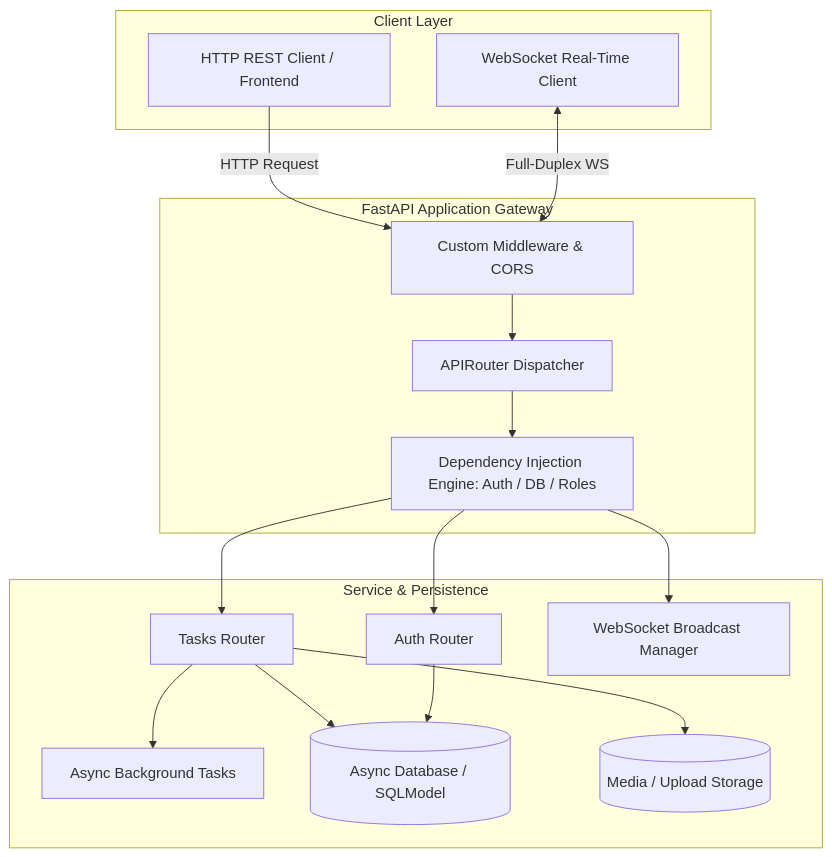
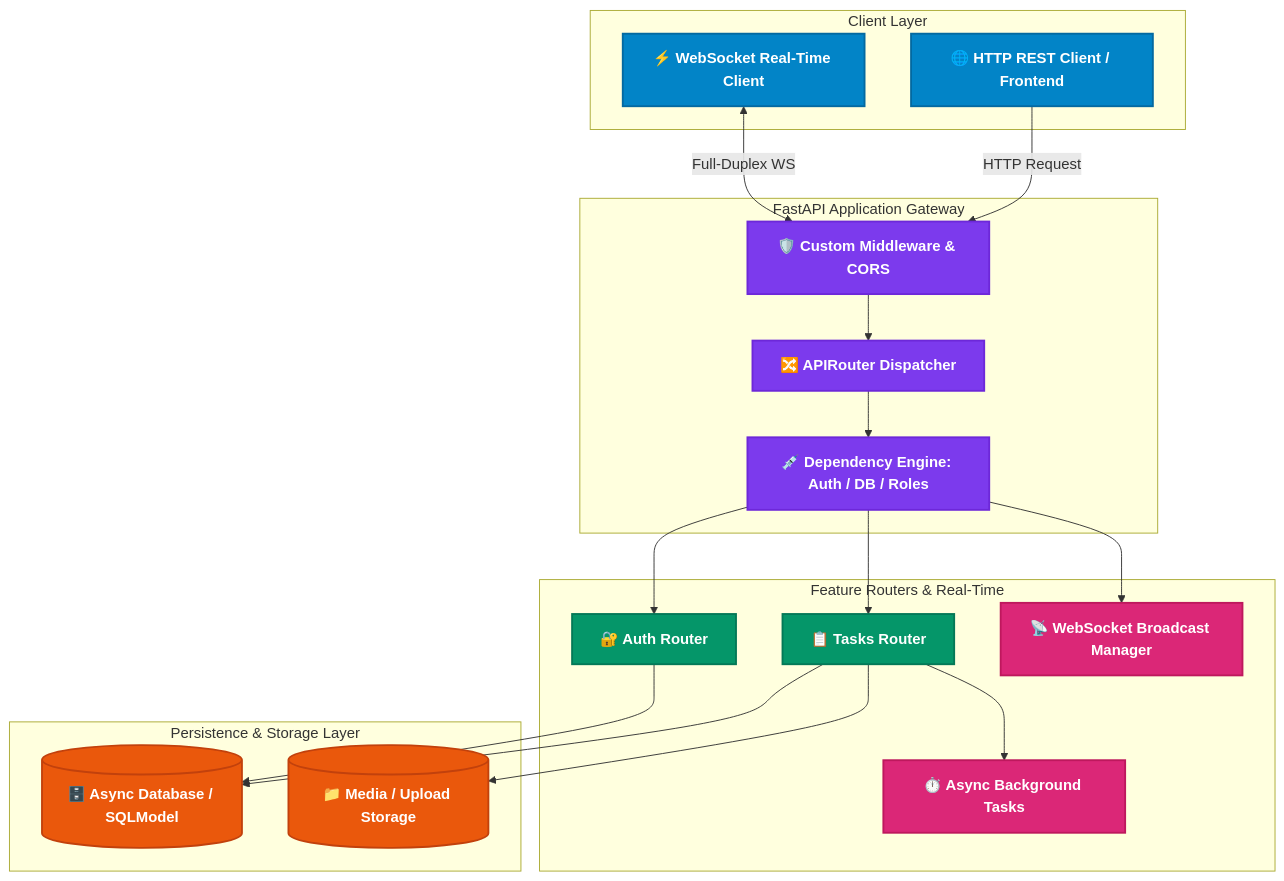
The diagram in README.md (himanshu-jadhav108/FastAPI-Mastery), drawn with Mermaid before and after one commit. The commit also changed 6 other files, not shown here.

Commit message:
docs: add modern high-contrast color palettes and badges to mermaid architecture diagrams

````diff
--- a/README.md
+++ b/README.md
@@ -53,34 +53,44 @@
 ```mermaid
 graph TD
+    %% Color Palette Definitions
+    classDef clientStyle fill:#0284c7,stroke:#0369a1,stroke-width:2px,color:#ffffff,font-weight:bold;
+    classDef gatewayStyle fill:#7c3aed,stroke:#6d28d9,stroke-width:2px,color:#ffffff,font-weight:bold;
+    classDef routerStyle fill:#059669,stroke:#047857,stroke-width:2px,color:#ffffff,font-weight:bold;
+    classDef serviceStyle fill:#db2777,stroke:#be185d,stroke-width:2px,color:#ffffff,font-weight:bold;
+    classDef dataStyle fill:#ea580c,stroke:#c2410c,stroke-width:2px,color:#ffffff,font-weight:bold;
+
     subgraph Client Layer
-        C1[HTTP REST Client / Frontend]
-        C2[WebSocket Real-Time Client]
+        C1["🌐 HTTP REST Client / Frontend"]:::clientStyle
+        C2["⚡ WebSocket Real-Time Client"]:::clientStyle
     end
 
     subgraph FastAPI Application Gateway
-        MW[Custom Middleware & CORS]
-        Router[APIRouter Dispatcher]
-        Deps[Dependency Injection Engine: Auth / DB / Roles]
+        MW["🛡️ Custom Middleware & CORS"]:::gatewayStyle
+        Router["🔀 APIRouter Dispatcher"]:::gatewayStyle
+        Deps["💉 Dependency Engine: Auth / DB / Roles"]:::gatewayStyle
     end
 
-    subgraph Service & Persistence
-        TasksRouter[Tasks Router]
-        AuthRouter[Auth Router]
-        WSRouter[WebSocket Broadcast Manager]
-        BG[Async Background Tasks]
-        DB[(Async Database / SQLModel)]
-        Storage[(Media / Upload Storage)]
+    subgraph Feature Routers & Real-Time
+        TasksRouter["📋 Tasks Router"]:::routerStyle
+        AuthRouter["🔐 Auth Router"]:::routerStyle
+        WSRouter["📡 WebSocket Broadcast Manager"]:::serviceStyle
+        BG["⏱️ Async Background Tasks"]:::serviceStyle
+    end
+
+    subgraph Persistence & Storage Layer
+        DB[("🗄️ Async Database / SQLModel")]:::dataStyle
+        Storage[("📁 Media / Upload Storage")]:::dataStyle
     end
 
     C1 -->|HTTP Request| MW
     C2 <-->|Full-Duplex WS| MW
     MW --> Router
     Router --> Deps
     Deps --> TasksRouter
     Deps --> AuthRouter
     Deps --> WSRouter
     TasksRouter --> DB
     TasksRouter --> BG
     TasksRouter --> Storage
     AuthRouter --> DB
 ```
````
